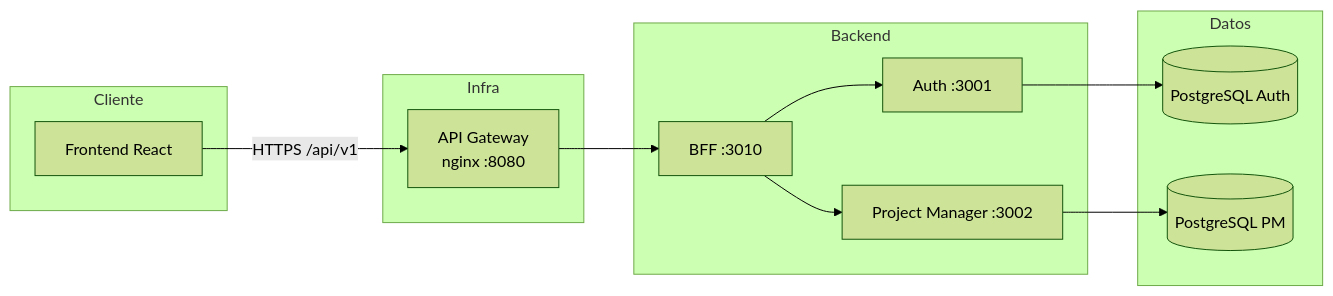
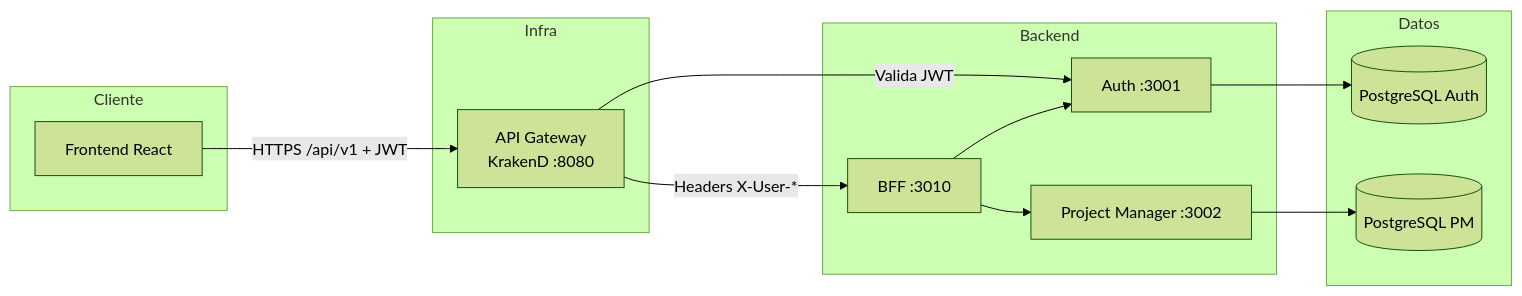
One commit to senioravo/backend_innovatech changed the first of 3 diagrams in backend/README.md. Above: the diagram before and after it, drawn with Mermaid (forest theme). The commit also changed other lines of this file and 8 other files, not shown here.

Commit message:
feat: Implementar KrakenD como API Gateway con validación JWT centralizada

````diff
--- a/backend/README.md
+++ b/backend/README.md
@@ -36,28 +36,29 @@
 ```mermaid
 flowchart LR
   subgraph Cliente
     FE[Frontend React]
   end
 
   subgraph Infra
-    GW[API Gateway<br/>nginx :8080]
+    GW[API Gateway<br/>KrakenD :8080]
   end
 
   subgraph Backend
     BFF[BFF :3010]
     AUTH[Auth :3001]
     PM[Project Manager :3002]
   end
 
   subgraph Datos
     DBA[(PostgreSQL Auth)]
     DBP[(PostgreSQL PM)]
   end
 
-  FE -->|HTTPS /api/v1| GW
-  GW --> BFF
+  FE -->|HTTPS /api/v1 + JWT| GW
+  GW -->|Valida JWT| AUTH
+  GW -->|Headers X-User-*| BFF
   BFF --> AUTH
   BFF --> PM
   AUTH --> DBA
   PM --> DBP
 ```
````
